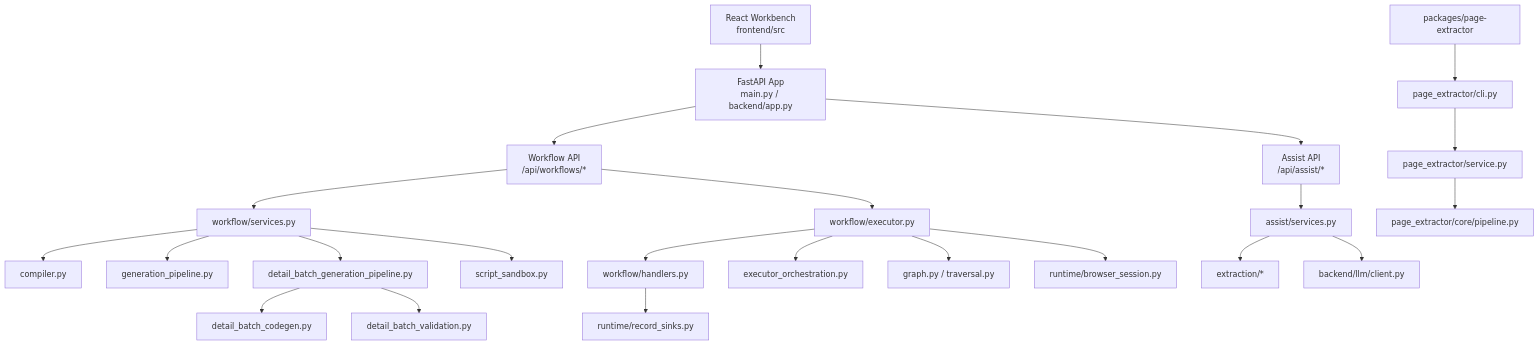
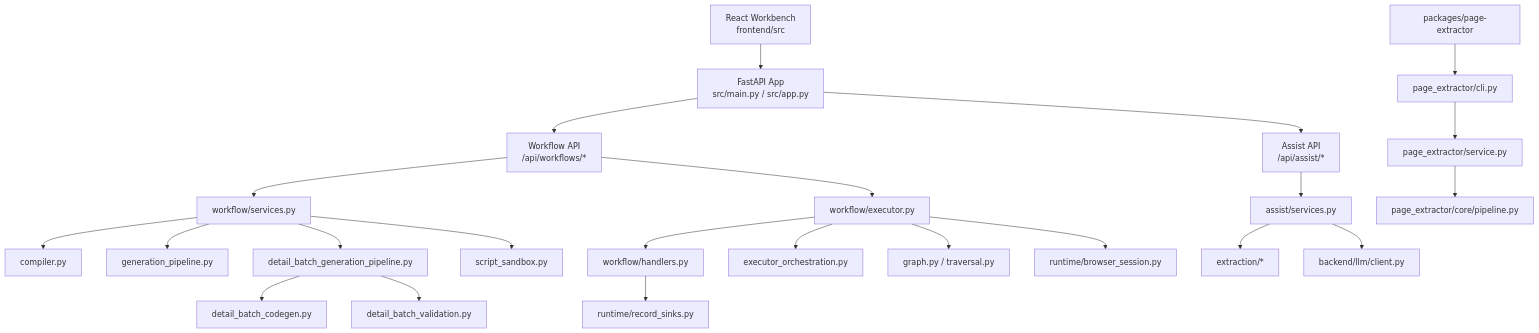
One commit to tuisemo/crawler-pipeline-builder changed the first of 8 diagrams in backend/docs/technical-development-guide.md. Above: the diagram before and after it, drawn with Mermaid. The commit also changed other lines of this file and 4 other files, not shown here.

First line of the commit message:
docs: update file paths and references to reflect src/main.py relocation

````diff
--- a/backend/docs/technical-development-guide.md
+++ b/backend/docs/technical-development-guide.md
@@ -35,30 +35,30 @@
 ```mermaid
 flowchart TD
-    FE["React Workbench<br/>frontend/src"] --> API["FastAPI App<br/>main.py / backend/app.py"]
+    FE["React Workbench<br/>frontend/src"] --> API["FastAPI App<br/>src/main.py / src/app.py"]
     API --> WF["Workflow API<br/>/api/workflows/*"]
     API --> AS["Assist API<br/>/api/assist/*"]
 
     WF --> WFS["workflow/services.py"]
     WFS --> CMP["compiler.py"]
     WFS --> GEN["generation_pipeline.py"]
     WFS --> DBG["detail_batch_generation_pipeline.py"]
     WFS --> SBOX["script_sandbox.py"]
 
     AS --> ASSVC["assist/services.py"]
     ASSVC --> EXT["extraction/*"]
     ASSVC --> LLM["backend/llm/client.py"]
 
     WF --> EXEC["workflow/executor.py"]
     EXEC --> HANDLERS["workflow/handlers.py"]
     EXEC --> ORCH["executor_orchestration.py"]
     EXEC --> GRAPH["graph.py / traversal.py"]
     EXEC --> BROWSER["runtime/browser_session.py"]
 
     HANDLERS --> SINK["runtime/record_sinks.py"]
     DBG --> DBGEN["detail_batch_codegen.py"]
     DBG --> DBVAL["detail_batch_validation.py"]
 
     PEX["packages/page-extractor"] --> CLI["page_extractor/cli.py"]
     CLI --> PSVC["page_extractor/service.py"]
     PSVC --> PIPE["page_extractor/core/pipeline.py"]
 ```
````
